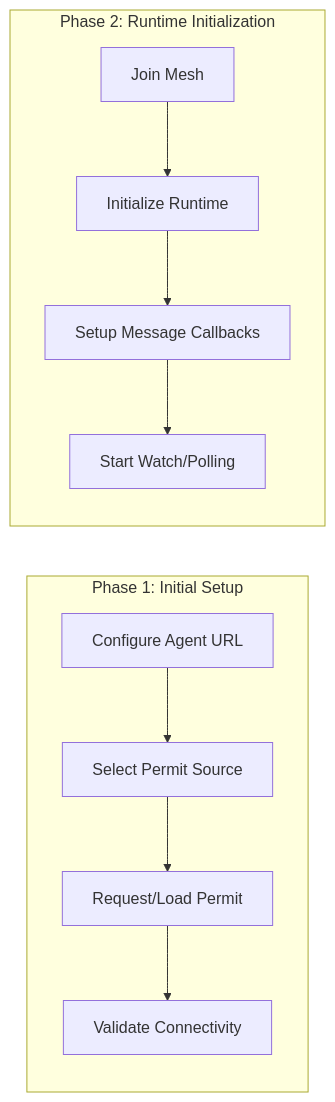
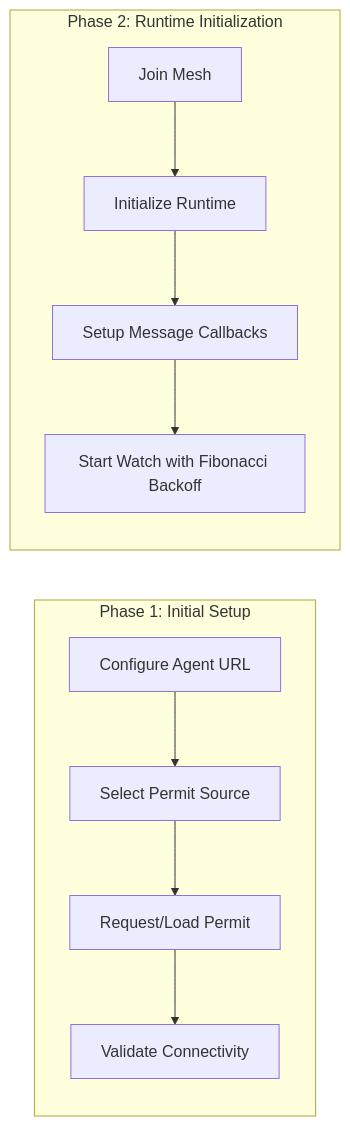
One commit to clawparty-ai/openclaw-channel-plugin-ztm changed the first of 2 diagrams in docs/adr/ADR-015-onboarding-pairing-flow.md. Above: the diagram before and after it, drawn with Mermaid. The commit also changed other lines of this file and 5 other files, not shown here.

````diff
--- a/docs/adr/ADR-015-onboarding-pairing-flow.md
+++ b/docs/adr/ADR-015-onboarding-pairing-flow.md
@@ -32,14 +32,14 @@
 ```mermaid
 flowchart LR
     subgraph "Phase 1: Initial Setup"
         A[Configure Agent URL] --> B[Select Permit Source]
         B --> C[Request/Load Permit]
         C --> D[Validate Connectivity]
     end
 
     subgraph "Phase 2: Runtime Initialization"
         E[Join Mesh] --> F[Initialize Runtime]
         F --> G[Setup Message Callbacks]
-        G --> H[Start Watch/Polling]
+        G --> H[Start Watch with Fibonacci Backoff]
     end
 ```
````
